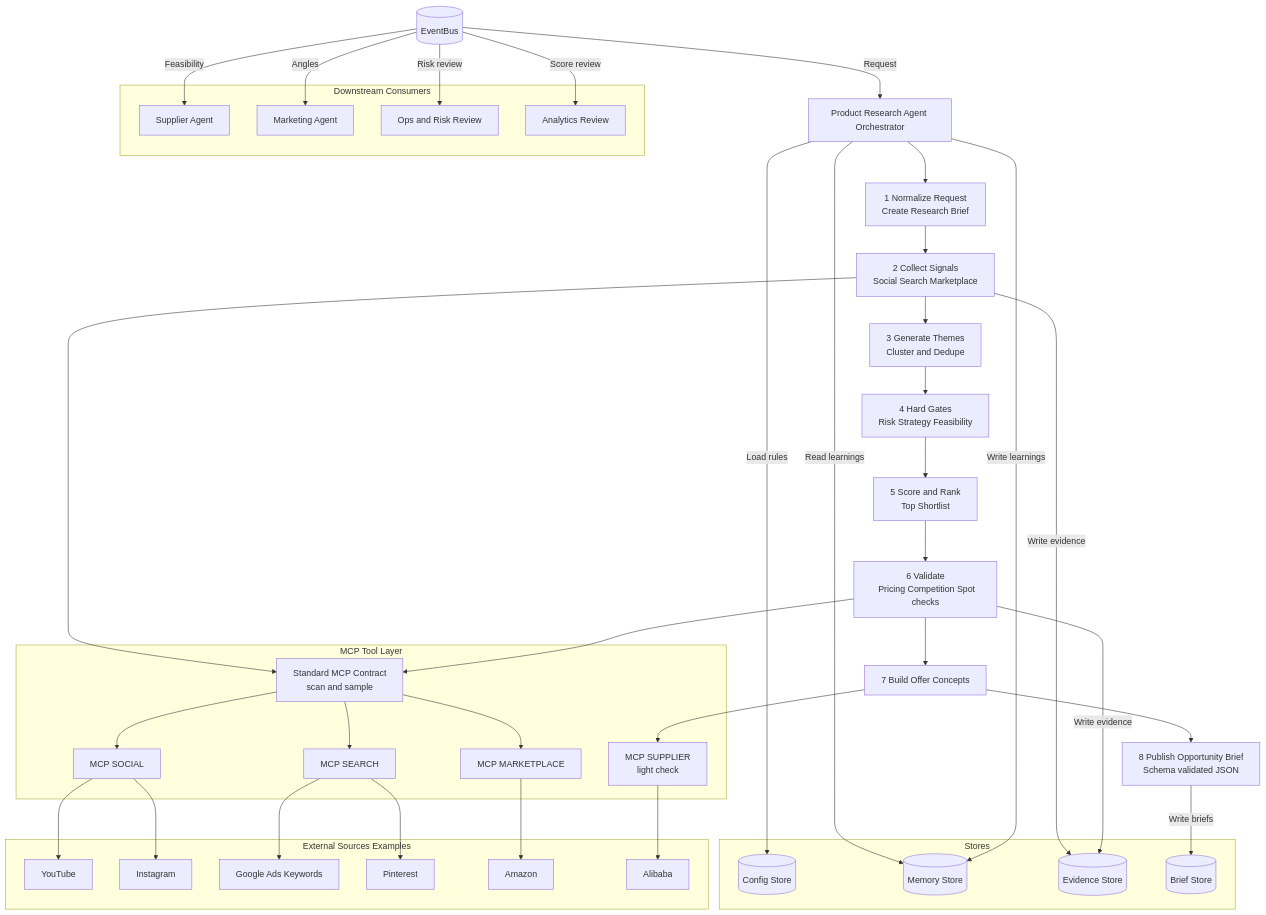
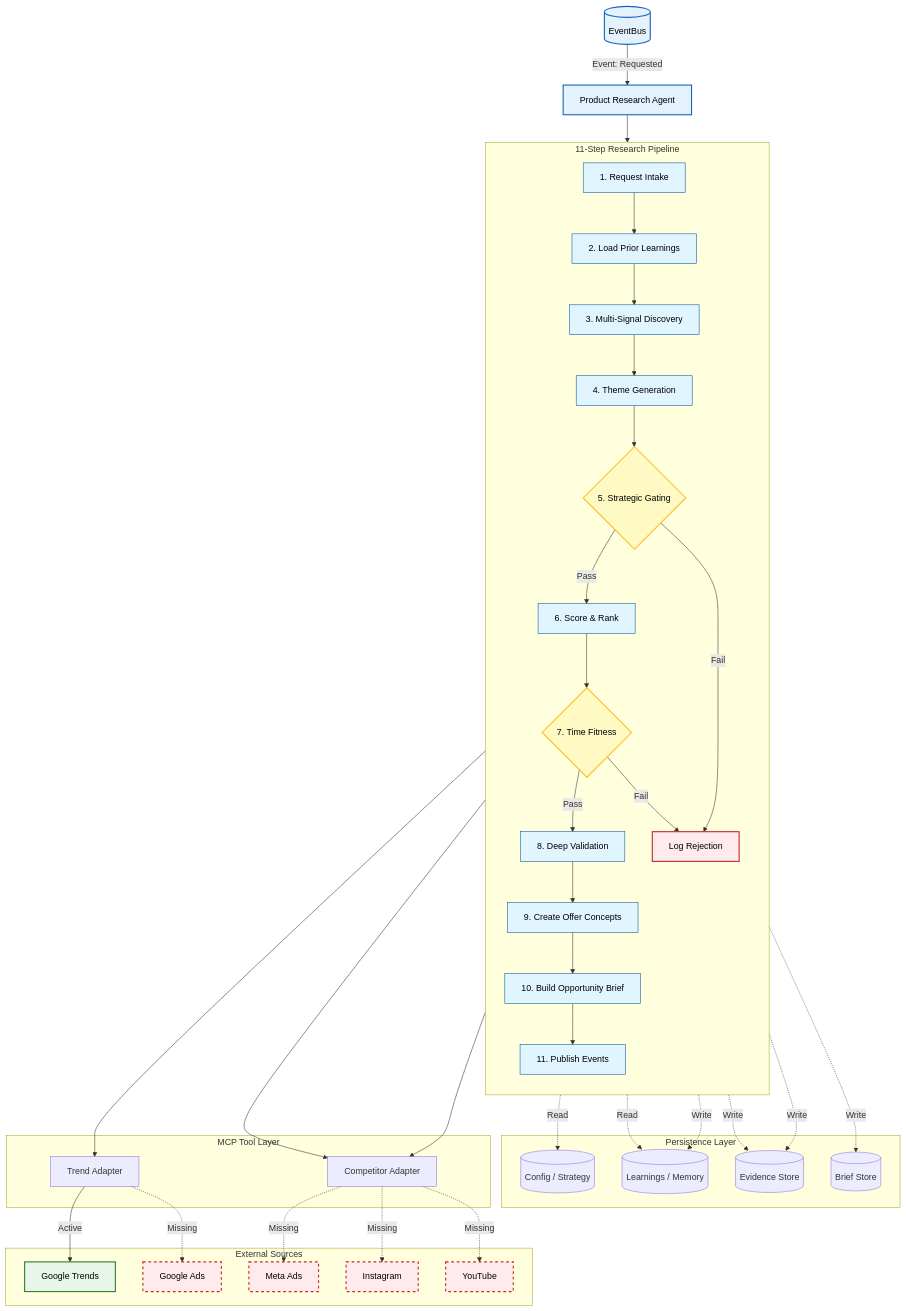
Before and after one commit to andylelli/ds1: the diagram in Documentation/Product Research Agent/doc_7_product_research_agent_mvp_block_diagram.md, drawn with Mermaid.

````diff
--- a/Documentation/Product Research Agent/doc_7_product_research_agent_mvp_block_diagram.md
+++ b/Documentation/Product Research Agent/doc_7_product_research_agent_mvp_block_diagram.md
@@ -3,84 +3,88 @@
 ```mermaid
 flowchart TB
+  %% Core Components
   EB[(EventBus)]
-  PRA[Product Research Agent Orchestrator]
+  PRA[Product Research Agent]
 
-  EB -->|Request| PRA
+  %% Flow Connections
+  EB -->|Event: Requested| PRA
 
-  S1[1 Normalize Request
-  Create Research Brief]
-  S2[2 Collect Signals
-  Social Search Marketplace]
-  S3[3 Generate Themes
-  Cluster and Dedupe]
-  S4[4 Hard Gates
-  Risk Strategy Feasibility]
-  S5[5 Score and Rank
-  Top Shortlist]
-  S6[6 Validate
-  Pricing Competition Spot checks]
-  S7[7 Build Offer Concepts]
-  S8[8 Publish Opportunity Brief
-  Schema validated JSON]
+  %% 11-Step Pipeline
+  subgraph Pipeline [11-Step Research Pipeline]
+    direction TB
+    S1[1. Request Intake]
+    S2[2. Load Prior Learnings]
+    S3[3. Multi-Signal Discovery]
+    S4[4. Theme Generation]
+    S5{5. Strategic Gating}
+    S6[6. Score & Rank]
+    S7{7. Time Fitness}
+    S8[8. Deep Validation]
+    S9[9. Create Offer Concepts]
+    S10[10. Build Opportunity Brief]
+    S11[11. Publish Events]
 
-  PRA --> S1 --> S2 --> S3 --> S4 --> S5 --> S6 --> S7 --> S8
+    S1 --> S2 --> S3 --> S4 --> S5
+    S5 -->|Pass| S6 --> S7
+    S7 -->|Pass| S8 --> S9 --> S10 --> S11
+    S5 -->|Fail| Reject[Log Rejection]
+    S7 -->|Fail| Reject
+  end
 
-  subgraph STORES[Stores]
-    CS[(Config Store)]
-    EM[(Memory Store)]
+  PRA --> S1
+
+  %% Data Stores
+  subgraph STORES [Persistence Layer]
+    CS[(Config / Strategy)]
+    EM[(Learnings / Memory)]
     ES[(Evidence Store)]
     BS[(Brief Store)]
   end
 
-  PRA -->|Load rules| CS
-  PRA -->|Read learnings| EM
-  PRA -->|Write learnings| EM
-  S2 -->|Write evidence| ES
-  S6 -->|Write evidence| ES
-  S8 -->|Write briefs| BS
+  S1 -.->|Read| CS
+  S2 -.->|Read| EM
+  S11 -.->|Write| EM
+  S3 -.->|Write| ES
+  S8 -.->|Write| ES
+  S10 -.->|Write| BS
 
-  subgraph MCP[MCP Tool Layer]
-    MC[Standard MCP Contract
-    scan and sample]
-    SOC[MCP SOCIAL]
-    SEA[MCP SEARCH]
-    MAR[MCP MARKETPLACE]
-    SUP[MCP SUPPLIER
-    light check]
+  %% MCP Layer
+  subgraph MCP [MCP Tool Layer]
+    TA[Trend Adapter]
+    CA[Competitor Adapter]
   end
 
-  S2 --> MC
-  S6 --> MC
-  S7 --> SUP
-  MC --> SOC
-  MC --> SEA
-  MC --> MAR
+  S3 --> TA
+  S3 --> CA
+  S8 --> CA
 
-  subgraph EXT[External Sources Examples]
+  %% External Sources (Color Coded for Status)
+  subgraph EXT [External Sources]
+    GT[Google Trends]
+    GADS[Google Ads]
+    FB[Meta Ads]
+    IG[Instagram]
     YT[YouTube]
-    IG[Instagram]
-    GADS[Google Ads Keywords]
-    PIN[Pinterest]
-    AMZ[Amazon]
-    ALI[Alibaba]
   end
 
-  SOC --> YT
-  SOC --> IG
-  SEA --> GADS
-  SEA --> PIN
-  MAR --> AMZ
-  SUP --> ALI
+  TA -->|Active| GT
+  TA -.->|Missing| GADS
+  CA -.->|Missing| FB
+  CA -.->|Missing| IG
+  CA -.->|Missing| YT
 
-  subgraph DOWN[Downstream Consumers]
-    SA[Supplier Agent]
-    MA[Marketing Agent]
-    OA[Ops and Risk Review]
-    AA[Analytics Review]
-  end
+  %% Styling
+  classDef actor fill:#e3f2fd,stroke:#1565c0,stroke-width:2px,color:black;
+  classDef step fill:#e1f5fe,stroke:#01579b,color:black;
+  classDef decision fill:#fff9c4,stroke:#fbc02d,stroke-width:2px,color:black;
+  classDef fail fill:#ffebee,stroke:#c62828,stroke-width:2px,color:black;
+  classDef active fill:#e8f5e9,stroke:#2e7d32,stroke-width:2px,color:black;
+  classDef missing fill:#ffebee,stroke:#c62828,stroke-width:2px,stroke-dasharray: 5 5,color:black;
 
-  EB -->|Feasibility| SA
-  EB -->|Angles| MA
-  EB -->|Risk review| OA
-  EB -->|Score review| AA
+  class EB,PRA actor;
+  class S1,S2,S3,S4,S6,S8,S9,S10,S11 step;
+  class S5,S7 decision;
+  class Reject fail;
+  class GT active;
+  class GADS,FB,IG,YT missing;
 ```
````
